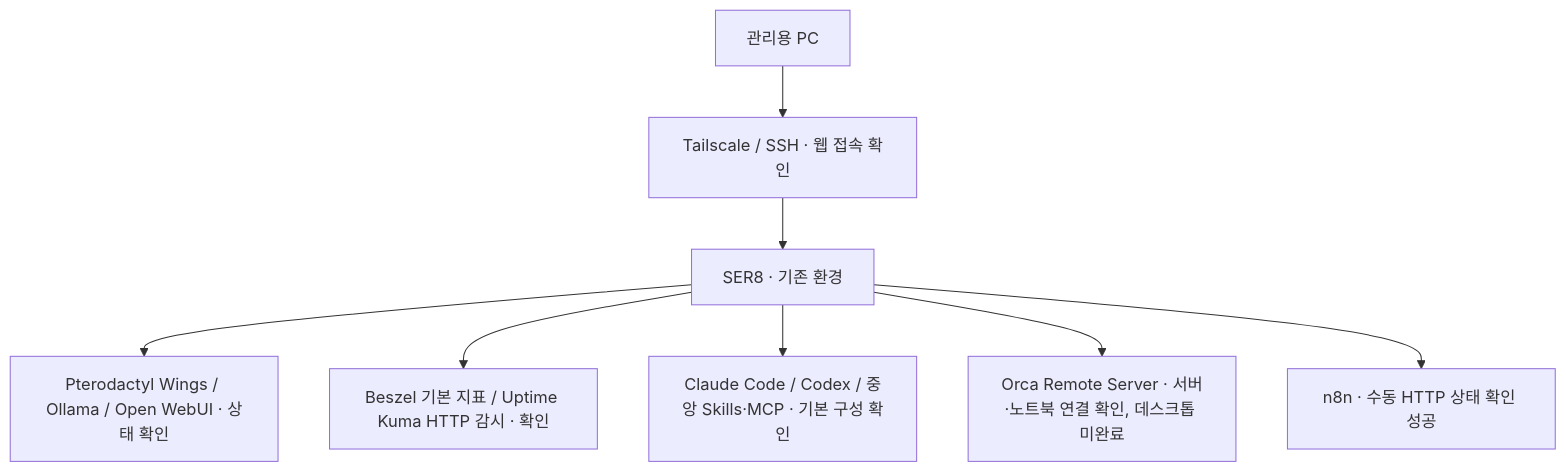
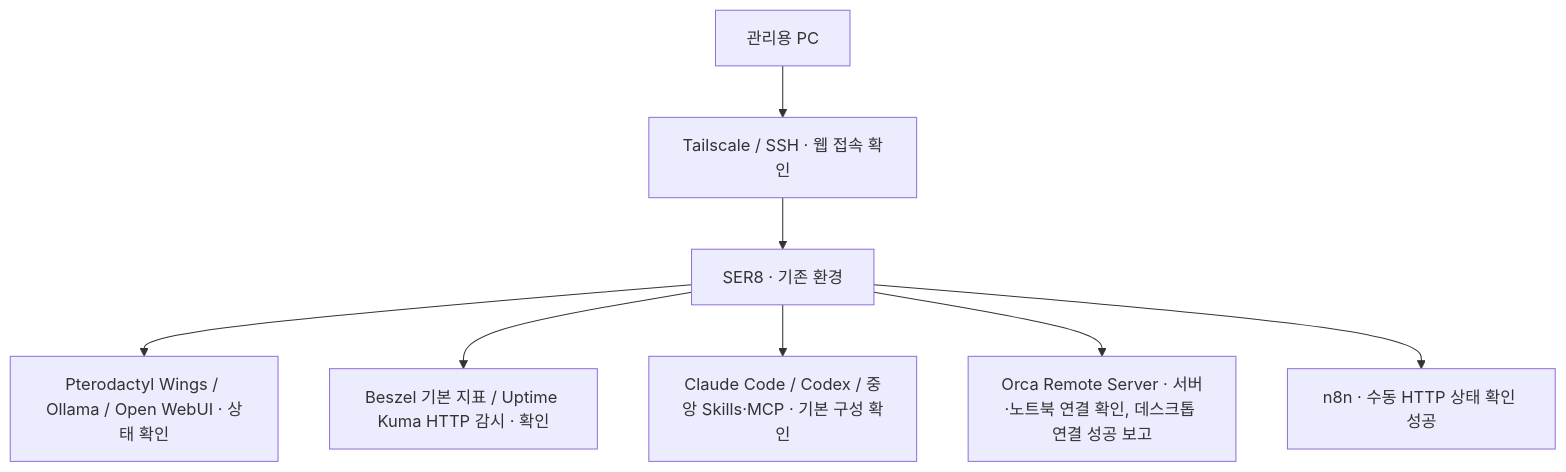
Before and after one commit to kosmos-s/ser8-home-server-ai: the diagram in README.md, drawn with Mermaid. The commit also changed other lines of this file and 6 other files, not shown here.

````diff
--- a/README.md
+++ b/README.md
@@ -58,10 +60,10 @@
 ```mermaid
 flowchart TD
     A[관리용 PC] --> B[Tailscale / SSH · 웹 접속 확인]
     B --> C[SER8 · 기존 환경]
     C --> D[Pterodactyl Wings / Ollama / Open WebUI · 상태 확인]
     C --> E[Beszel 기본 지표 / Uptime Kuma HTTP 감시 · 확인]
     C --> F[Claude Code / Codex / 중앙 Skills·MCP · 기본 구성 확인]
-    C --> G[Orca Remote Server · 서버·노트북 연결 확인, 데스크톱 미완료]
+    C --> G[Orca Remote Server · 서버·노트북 연결 확인, 데스크톱 연결 성공 보고]
     C --> H[n8n · 수동 HTTP 상태 확인 성공]
 ```
````
